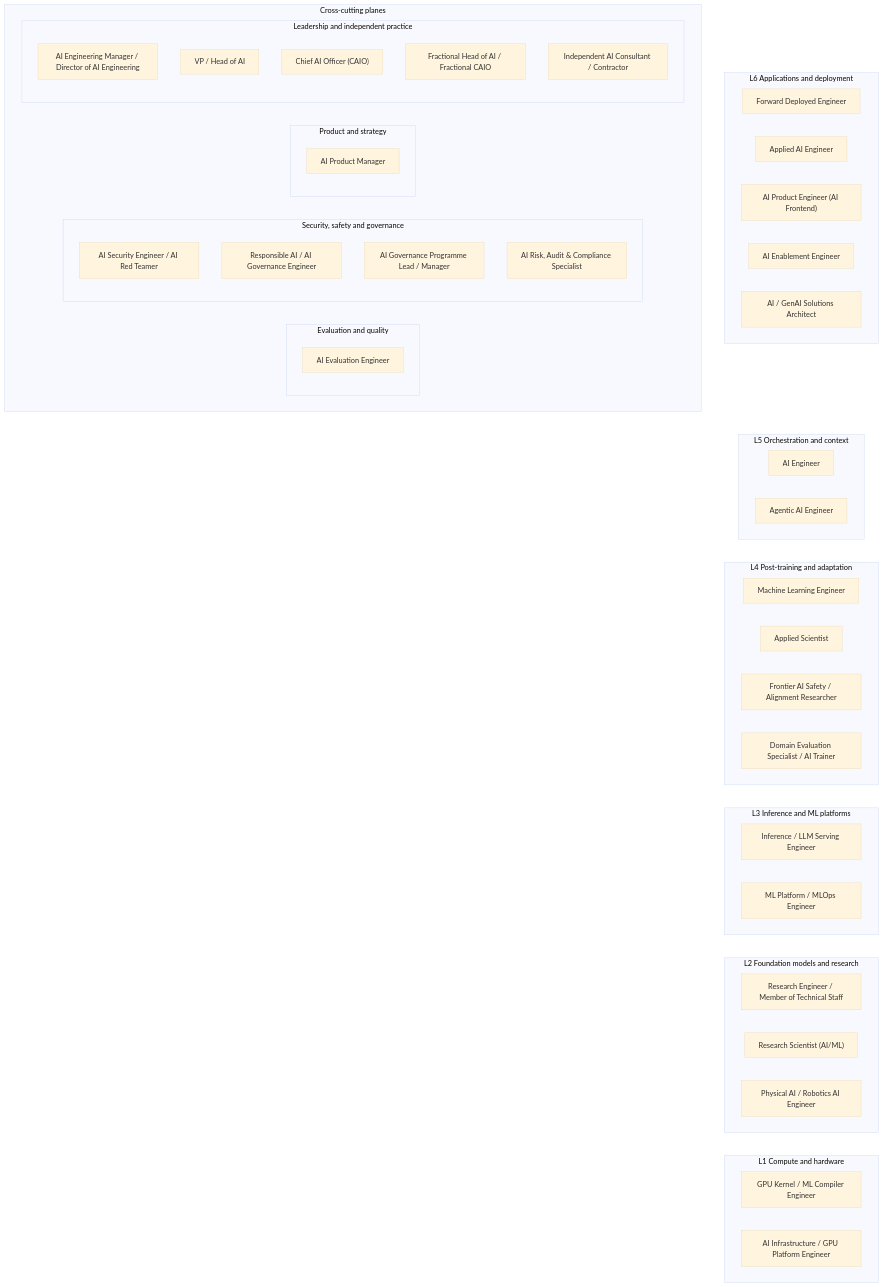
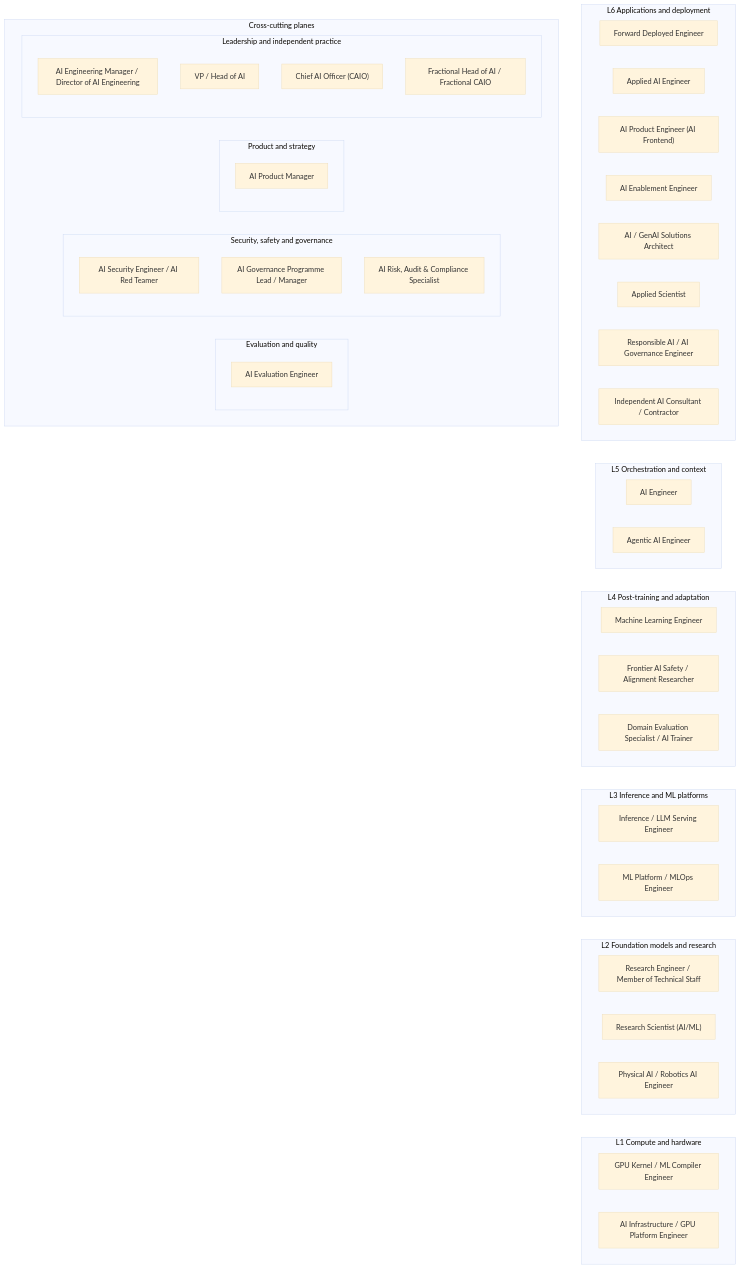
Before and after one commit to bhaskarjha-dev/genai-career: the diagram in career/02-roles/role-map.md, drawn with Mermaid (base theme). The commit also changed other lines of this file and 37 other files, not shown here.

````diff
--- a/career/02-roles/role-map.md
+++ b/career/02-roles/role-map.md
@@ -29,62 +29,62 @@
 ```mermaid
 flowchart TB
   subgraph L6["L6 Applications and deployment"]
     direction LR
     L6_forward_deployed_engineer["Forward Deployed Engineer"]
     L6_applied_ai_engineer["Applied AI Engineer"]
     L6_ai_product_engineer["AI Product Engineer (AI Frontend)"]
     L6_ai_enablement_engineer["AI Enablement Engineer"]
     L6_ai_solutions_architect["AI / GenAI Solutions Architect"]
+    L6_applied_scientist["Applied Scientist"]
+    L6_responsible_ai_engineer["Responsible AI / AI Governance Engineer"]
+    L6_independent_ai_consultant["Independent AI Consultant / Contractor"]
   end
   subgraph L5["L5 Orchestration and context"]
     direction LR
     L5_ai_engineer["AI Engineer"]
     L5_agentic_ai_engineer["Agentic AI Engineer"]
   end
   subgraph L4["L4 Post-training and adaptation"]
     direction LR
     L4_ml_engineer["Machine Learning Engineer"]
-    L4_applied_scientist["Applied Scientist"]
     L4_ai_safety_researcher["Frontier AI Safety / Alignment Researcher"]
     L4_domain_evaluation_specialist["Domain Evaluation Specialist / AI Trainer"]
   end
   subgraph L3["L3 Inference and ML platforms"]
     direction LR
     L3_inference_engineer["Inference / LLM Serving Engineer"]
     L3_ml_platform_engineer["ML Platform / MLOps Engineer"]
   end
   subgraph L2["L2 Foundation models and research"]
     direction LR
     L2_research_engineer["Research Engineer / Member of Technical Staff"]
     L2_research_scientist["Research Scientist (AI/ML)"]
     L2_physical_ai_engineer["Physical AI / Robotics AI Engineer"]
   end
   subgraph L1["L1 Compute and hardware"]
     direction LR
     L1_gpu_kernel_engineer["GPU Kernel / ML Compiler Engineer"]
     L1_ai_infrastructure_engineer["AI Infrastructure / GPU Platform Engineer"]
   end
   L6 ~~~ L5 ~~~ L4 ~~~ L3 ~~~ L2 ~~~ L1
   subgraph planes["Cross-cutting planes"]
     direction LR
     subgraph p_evaluation["Evaluation and quality"]
       p_evaluation_ai_evaluation_engineer["AI Evaluation Engineer"]
     end
     subgraph p_assurance["Security, safety and governance"]
       p_assurance_ai_security_engineer["AI Security Engineer / AI Red Teamer"]
-      p_assurance_responsible_ai_engineer["Responsible AI / AI Governance Engineer"]
       p_assurance_ai_governance_lead["AI Governance Programme Lead / Manager"]
       p_assurance_ai_risk_assurance_specialist["AI Risk, Audit & Compliance Specialist"]
     end
     subgraph p_product["Product and strategy"]
       p_product_ai_product_manager["AI Product Manager"]
     end
     subgraph p_leadership["Leadership and independent practice"]
       p_leadership_ai_engineering_manager["AI Engineering Manager / Director of AI Engineering"]
       p_leadership_vp_head_of_ai["VP / Head of AI"]
       p_leadership_chief_ai_officer["Chief AI Officer (CAIO)"]
       p_leadership_fractional_ai_leader["Fractional Head of AI / Fractional CAIO"]
-      p_leadership_independent_ai_consultant["Independent AI Consultant / Contractor"]
     end
   end
 ```
````
